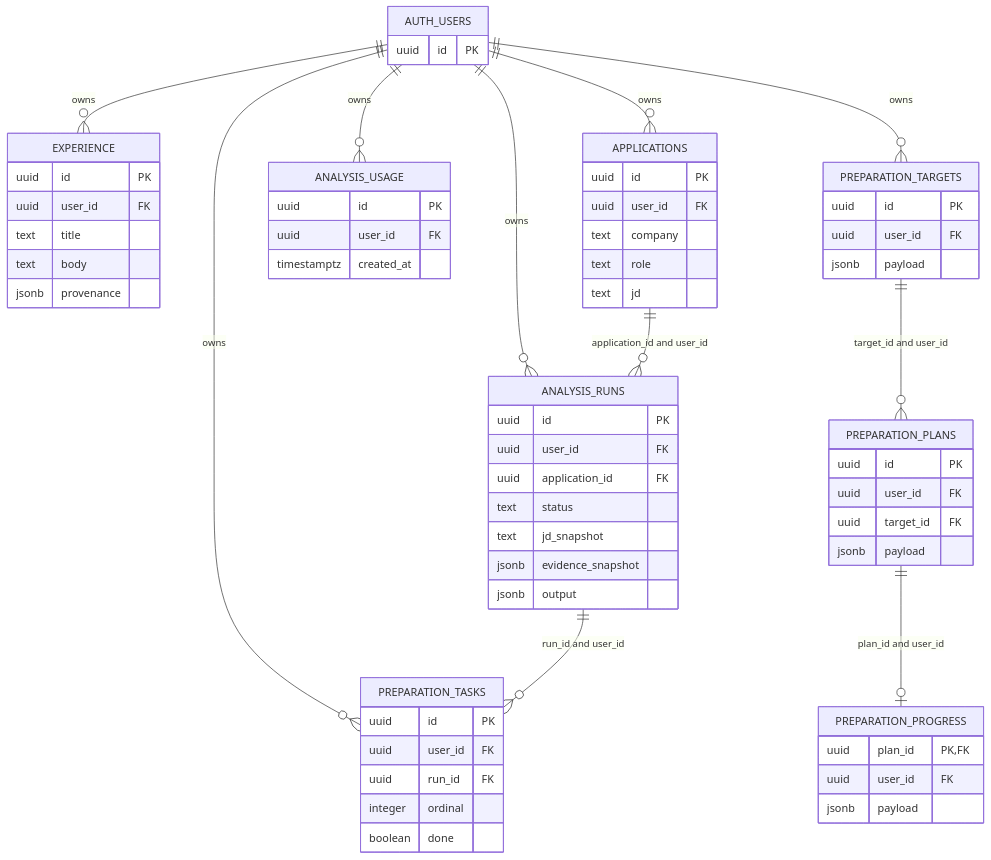
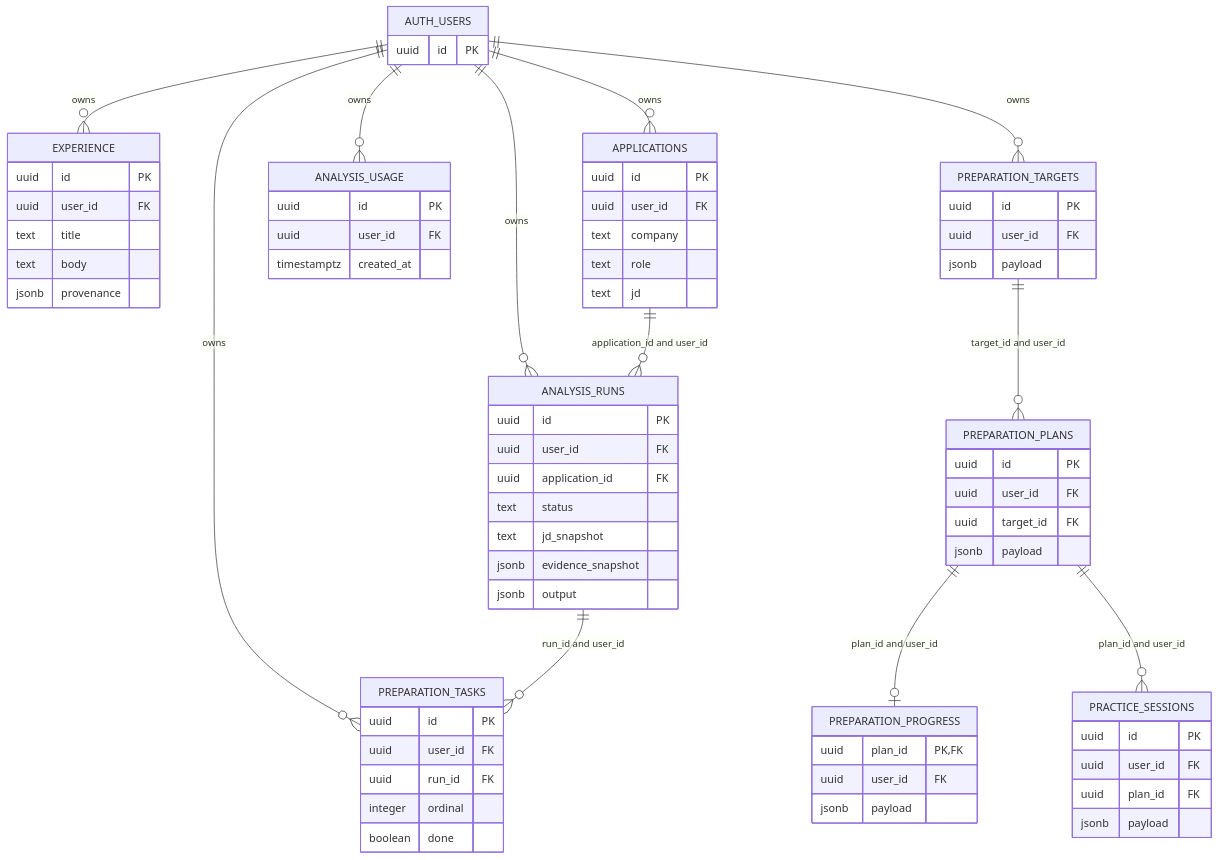
One commit to horadam/fieldwork changed the first of 2 diagrams in docs/architecture/data-model.md. Above: the diagram before and after it, drawn with Mermaid. The commit also changed other lines of this file and 16 other files, not shown here.

````diff
--- a/docs/architecture/data-model.md
+++ b/docs/architecture/data-model.md
@@ -12,67 +12,74 @@
 ```mermaid
 erDiagram
   AUTH_USERS ||--o{ EXPERIENCE : owns
   AUTH_USERS ||--o{ APPLICATIONS : owns
   AUTH_USERS ||--o{ ANALYSIS_RUNS : owns
   AUTH_USERS ||--o{ ANALYSIS_USAGE : owns
   AUTH_USERS ||--o{ PREPARATION_TASKS : owns
   AUTH_USERS ||--o{ PREPARATION_TARGETS : owns
   APPLICATIONS ||--o{ ANALYSIS_RUNS : "application_id and user_id"
   ANALYSIS_RUNS ||--o{ PREPARATION_TASKS : "run_id and user_id"
   PREPARATION_TARGETS ||--o{ PREPARATION_PLANS : "target_id and user_id"
   PREPARATION_PLANS ||--o| PREPARATION_PROGRESS : "plan_id and user_id"
+  PREPARATION_PLANS ||--o{ PRACTICE_SESSIONS : "plan_id and user_id"
+  PRACTICE_SESSIONS {
+    uuid id PK
+    uuid user_id FK
+    uuid plan_id FK
+    jsonb payload
+  }
   AUTH_USERS {
     uuid id PK
   }
   EXPERIENCE {
     uuid id PK
     uuid user_id FK
     text title
     text body
     jsonb provenance
   }
   APPLICATIONS {
     uuid id PK
     uuid user_id FK
     text company
     text role
     text jd
   }
   ANALYSIS_RUNS {
     uuid id PK
     uuid user_id FK
     uuid application_id FK
     text status
     text jd_snapshot
     jsonb evidence_snapshot
     jsonb output
   }
   ANALYSIS_USAGE {
     uuid id PK
     uuid user_id FK
     timestamptz created_at
   }
   PREPARATION_TASKS {
     uuid id PK
     uuid user_id FK
     uuid run_id FK
     integer ordinal
     boolean done
   }
   PREPARATION_TARGETS {
     uuid id PK
     uuid user_id FK
     jsonb payload
   }
   PREPARATION_PLANS {
     uuid id PK
     uuid user_id FK
     uuid target_id FK
     jsonb payload
   }
   PREPARATION_PROGRESS {
     uuid plan_id PK,FK
     uuid user_id FK
     jsonb payload
   }
 ```
````
